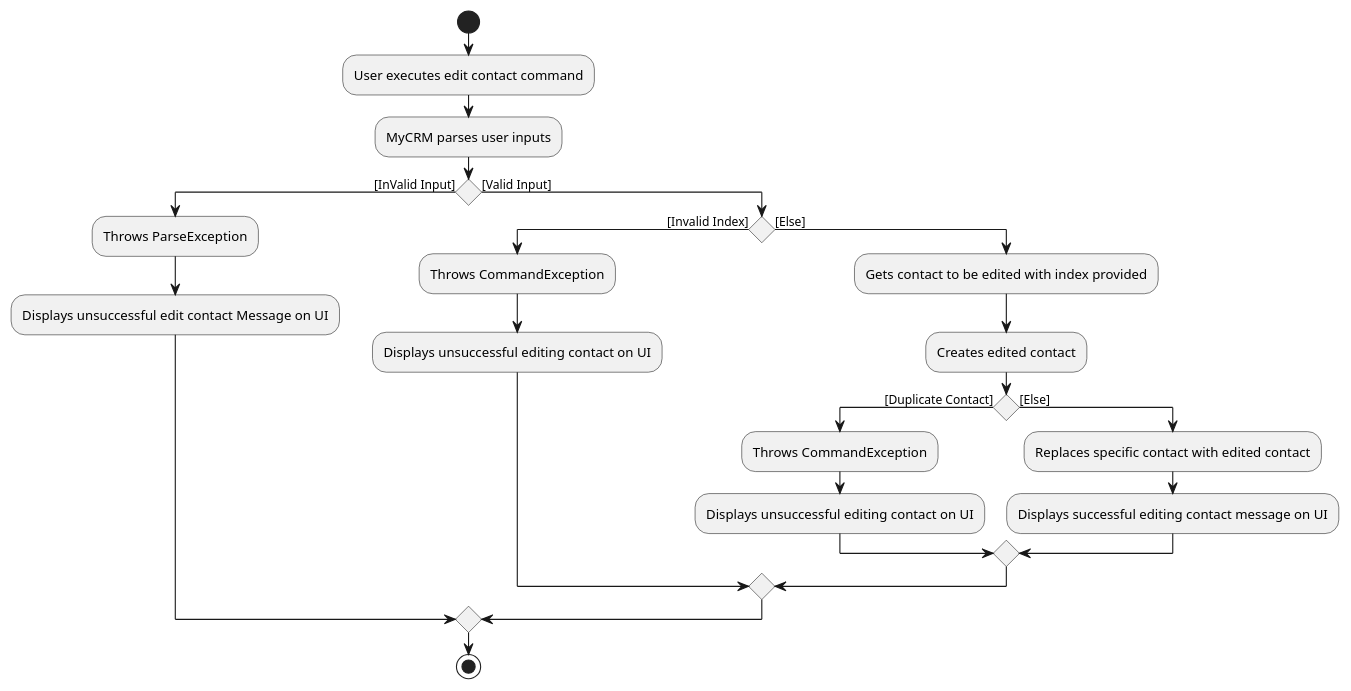
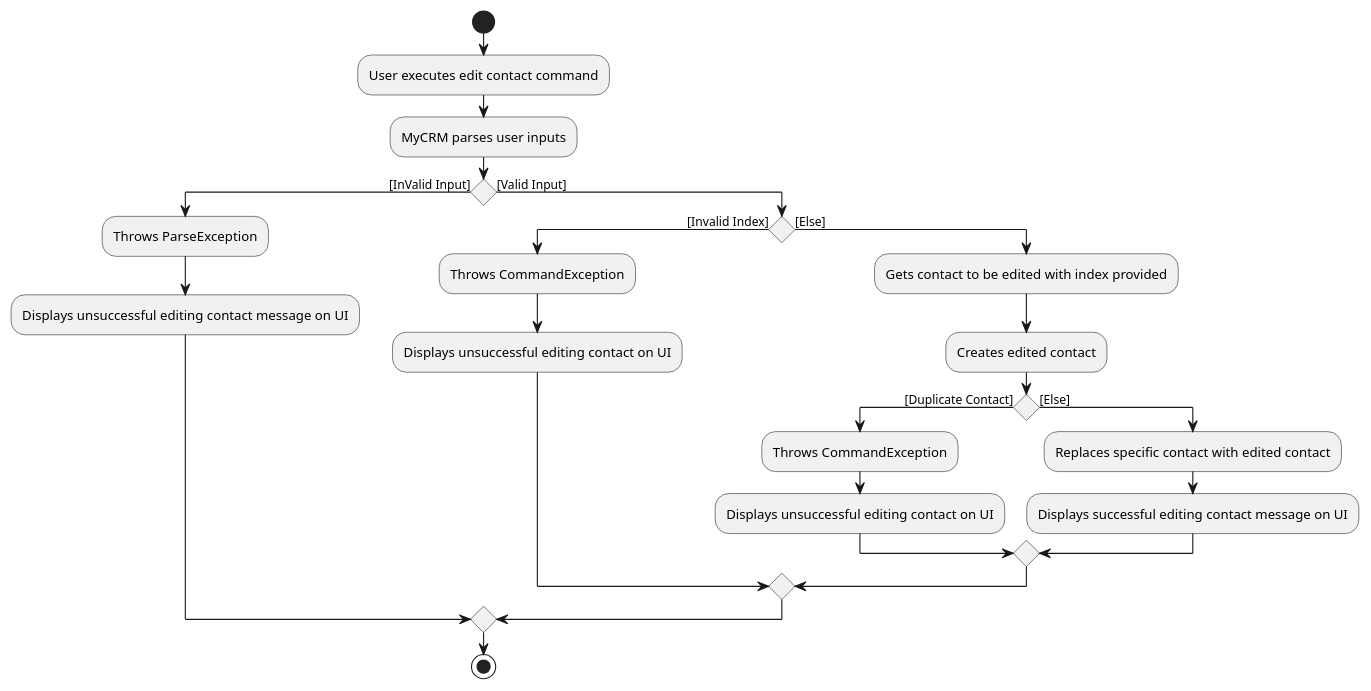
Before and after one commit to ooawagaeri/tp: the diagram in docs/diagrams/contact/EditContactActivityDiagram.puml, drawn with PlantUML. The commit also changed 16 other files, not shown here.

Commit message:
Update format of diagrams and ppp

```diff
--- a/docs/diagrams/contact/EditContactActivityDiagram.puml
+++ b/docs/diagrams/contact/EditContactActivityDiagram.puml
@@ -1,25 +1,25 @@
 @startuml
 start
 :User executes edit contact command;
 :MyCRM parses user inputs;
 if () then ([InValid Input])
     :Throws ParseException;
-    :Displays unsuccessful edit contact Message on UI;
+    :Displays unsuccessful editing contact message on UI;
 else ([Valid Input])
 if () then ([Invalid Index])
     :Throws CommandException;
     :Displays unsuccessful editing contact on UI;
 else ([Else])
 :Gets contact to be edited with index provided;
 :Creates edited contact;
 if () then ([Duplicate Contact])
     :Throws CommandException;
     :Displays unsuccessful editing contact on UI;
 else ([Else])
 :Replaces specific contact with edited contact;
 :Displays successful editing contact message on UI;
 endif
 endif
 endif
 stop
 @enduml
```
